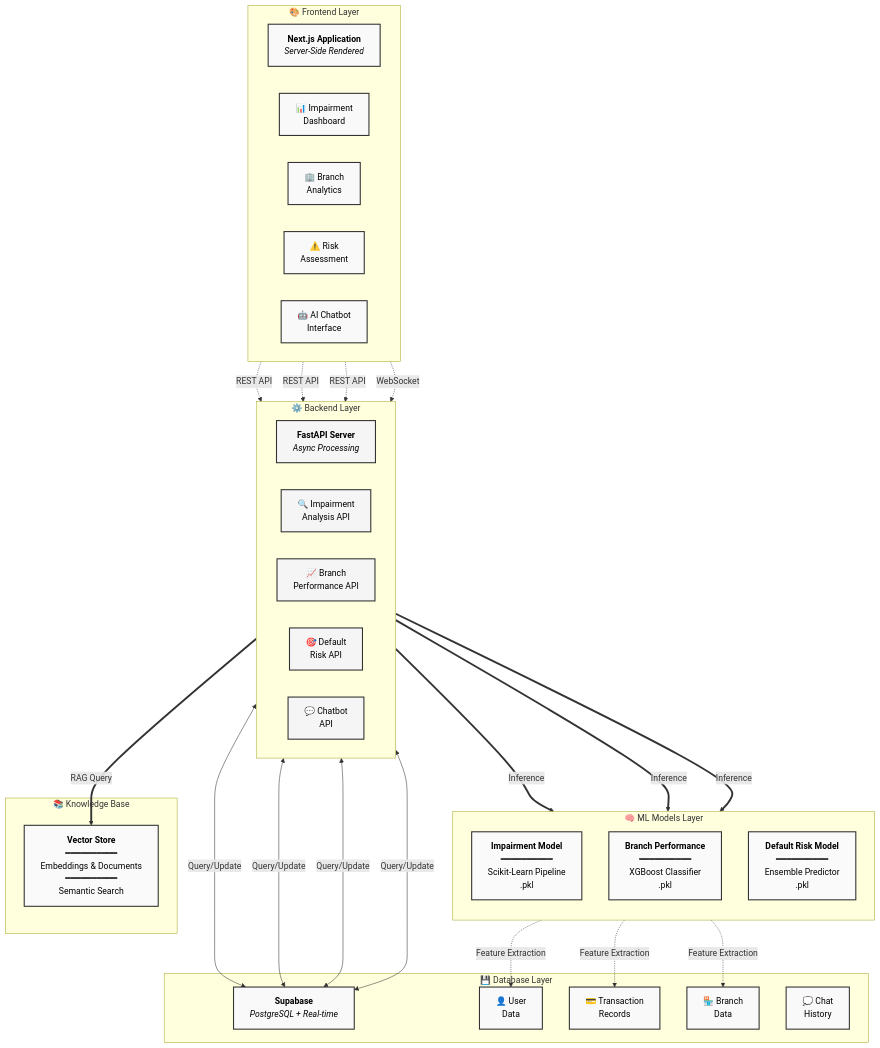
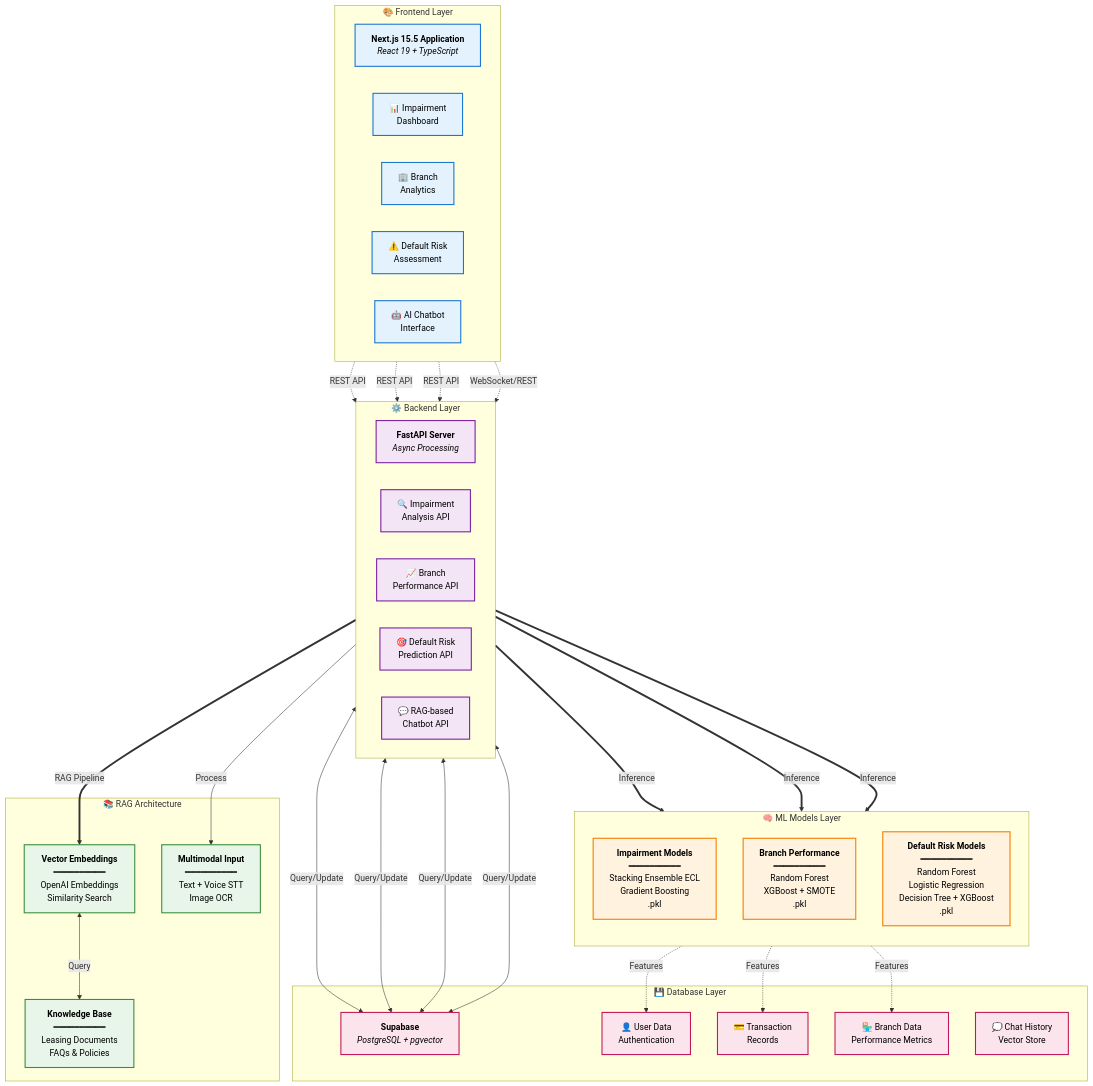
One commit to lasinduSemasingha/CreditSense-AI changed the diagram in README.md. Above: the diagram before and after it, drawn with Mermaid. The commit also changed other lines of this file, not shown here.

````diff
--- a/README.md
+++ b/README.md
@@ -18,68 +28,75 @@
 ```mermaid
 graph TB
     subgraph Frontend["🎨 Frontend Layer"]
         direction LR
-        A["<b>Next.js Application</b><br/><i>Server-Side Rendered</i>"]
+        A["<b>Next.js 15.5 Application</b><br/><i>React 19 + TypeScript</i>"]
         A1["📊 Impairment<br/>Dashboard"]
         A2["🏢 Branch<br/>Analytics"]
-        A3["⚠️ Risk<br/>Assessment"]
+        A3["⚠️ Default Risk<br/>Assessment"]
         A4["🤖 AI Chatbot<br/>Interface"]
     end
     
     subgraph Backend["⚙️ Backend Layer"]
         direction LR
         B["<b>FastAPI Server</b><br/><i>Async Processing</i>"]
         B1["🔍 Impairment<br/>Analysis API"]
         B2["📈 Branch<br/>Performance API"]
-        B3["🎯 Default<br/>Risk API"]
-        B4["💬 Chatbot<br/>API"]
+        B3["🎯 Default Risk<br/>Prediction API"]
+        B4["💬 RAG-based<br/>Chatbot API"]
     end
     
     subgraph ML["🧠 ML Models Layer"]
         direction TB
-        C1["<b>Impairment Model</b><br/>━━━━━━━━━━<br/>Scikit-Learn Pipeline<br/>.pkl"]
-        C2["<b>Branch Performance</b><br/>━━━━━━━━━━<br/>XGBoost Classifier<br/>.pkl"]
-        C3["<b>Default Risk Model</b><br/>━━━━━━━━━━<br/>Ensemble Predictor<br/>.pkl"]
+        C1["<b>Impairment Models</b><br/>━━━━━━━━━━<br/>Stacking Ensemble ECL<br/>Gradient Boosting<br/>.pkl"]
+        C2["<b>Branch Performance</b><br/>━━━━━━━━━━<br/>Random Forest<br/>XGBoost + SMOTE<br/>.pkl"]
+        C3["<b>Default Risk Models</b><br/>━━━━━━━━━━<br/>Random Forest<br/>Logistic Regression<br/>Decision Tree + XGBoost<br/>.pkl"]
     end
     
-    subgraph KB["📚 Knowledge Base"]
-        D["<b>Vector Store</b><br/>━━━━━━━━━━<br/>Embeddings & Documents<br/>━━━━━━━━━━<br/>Semantic Search"]
+    subgraph RAG["📚 RAG Architecture"]
+        D1["<b>Vector Embeddings</b><br/>━━━━━━━━━━<br/>OpenAI Embeddings<br/>Similarity Search"]
+        D2["<b>Knowledge Base</b><br/>━━━━━━━━━━<br/>Leasing Documents<br/>FAQs & Policies"]
+        D3["<b>Multimodal Input</b><br/>━━━━━━━━━━<br/>Text + Voice STT<br/>Image OCR"]
     end
     
     subgraph Database["💾 Database Layer"]
-        E["<b>Supabase</b><br/><i>PostgreSQL + Real-time</i>"]
-        E1["👤 User<br/>Data"]
+        E["<b>Supabase</b><br/><i>PostgreSQL + pgvector</i>"]
+        E1["👤 User Data<br/>Authentication"]
         E2["💳 Transaction<br/>Records"]
-        E3["🏪 Branch<br/>Data"]
-        E4["💭 Chat<br/>History"]
+        E3["🏪 Branch Data<br/>Performance Metrics"]
+        E4["💭 Chat History<br/>Vector Store"]
     end
     
     A1 -.->|REST API| B1
     A2 -.->|REST API| B2
     A3 -.->|REST API| B3
-    A4 -.->|WebSocket| B4
+    A4 -.->|WebSocket/REST| B4
     
     B1 ==>|Inference| C1
     B2 ==>|Inference| C2
     B3 ==>|Inference| C3
-    B4 ==>|RAG Query| D
+    B4 ==>|RAG Pipeline| D1
+    
+    D1 <-->|Query| D2
+    B4 -->|Process| D3
     
     B1 <-->|Query/Update| E
     B2 <-->|Query/Update| E
     B3 <-->|Query/Update| E
     B4 <-->|Query/Update| E
     
-    C1 -.->|Feature Extraction| E2
-    C2 -.->|Feature Extraction| E3
-    C3 -.->|Feature Extraction| E1
+    C1 -.->|Features| E2
+    C2 -.->|Features| E3
+    C3 -.->|Features| E1
     
-    classDef frontendStyle fill:#f9f9f9,stroke:#333,stroke-width:2px,color:#000
-    classDef backendStyle fill:#f5f5f5,stroke:#333,stroke-width:2px,color:#000
-    classDef mlStyle fill:#fafafa,stroke:#333,stroke-width:2px,color:#000
-    classDef dbStyle fill:#f9f9f9,stroke:#333,stroke-width:2px,color:#000
+    classDef frontendStyle fill:#e3f2fd,stroke:#1976d2,stroke-width:2px,color:#000
+    classDef backendStyle fill:#f3e5f5,stroke:#7b1fa2,stroke-width:2px,color:#000
+    classDef mlStyle fill:#fff3e0,stroke:#f57c00,stroke-width:2px,color:#000
+    classDef ragStyle fill:#e8f5e9,stroke:#388e3c,stroke-width:2px,color:#000
+    classDef dbStyle fill:#fce4ec,stroke:#c2185b,stroke-width:2px,color:#000
     
     class A,A1,A2,A3,A4 frontendStyle
     class B,B1,B2,B3,B4 backendStyle
-    class C1,C2,C3,D mlStyle
+    class C1,C2,C3 mlStyle
+    class D1,D2,D3 ragStyle
     class E,E1,E2,E3,E4 dbStyle
 ```
````
